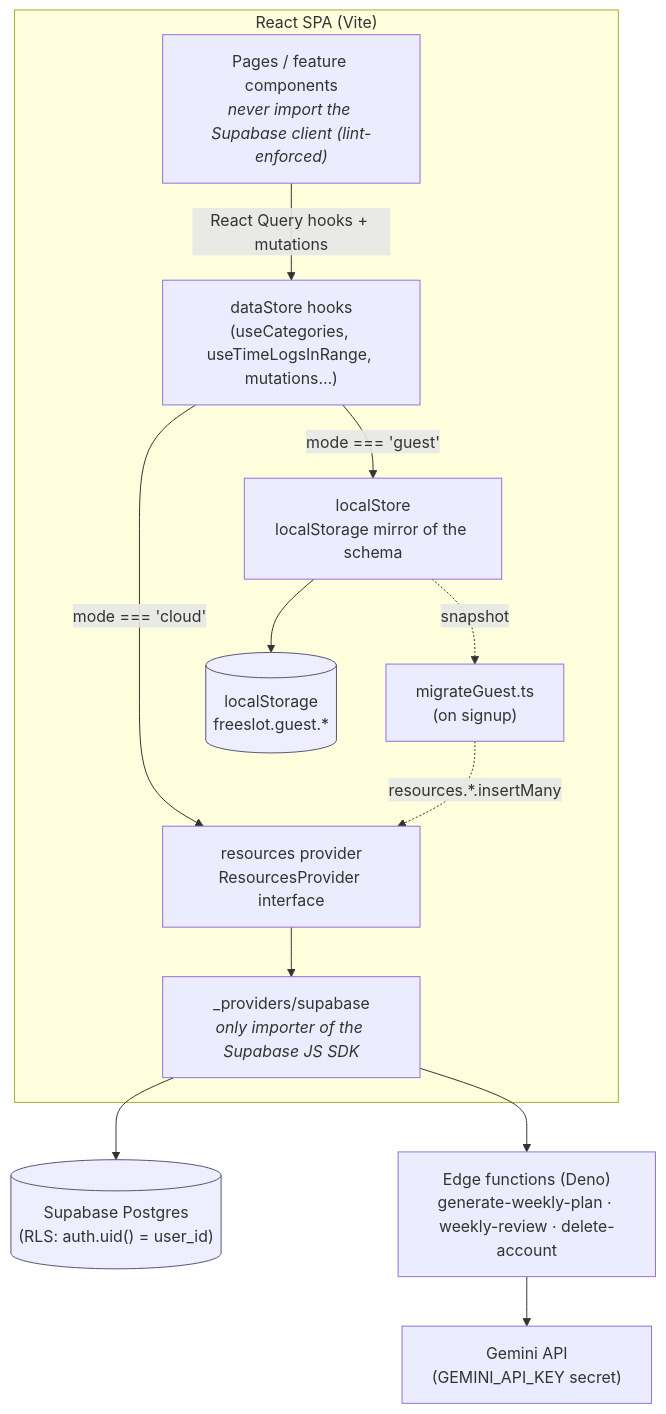
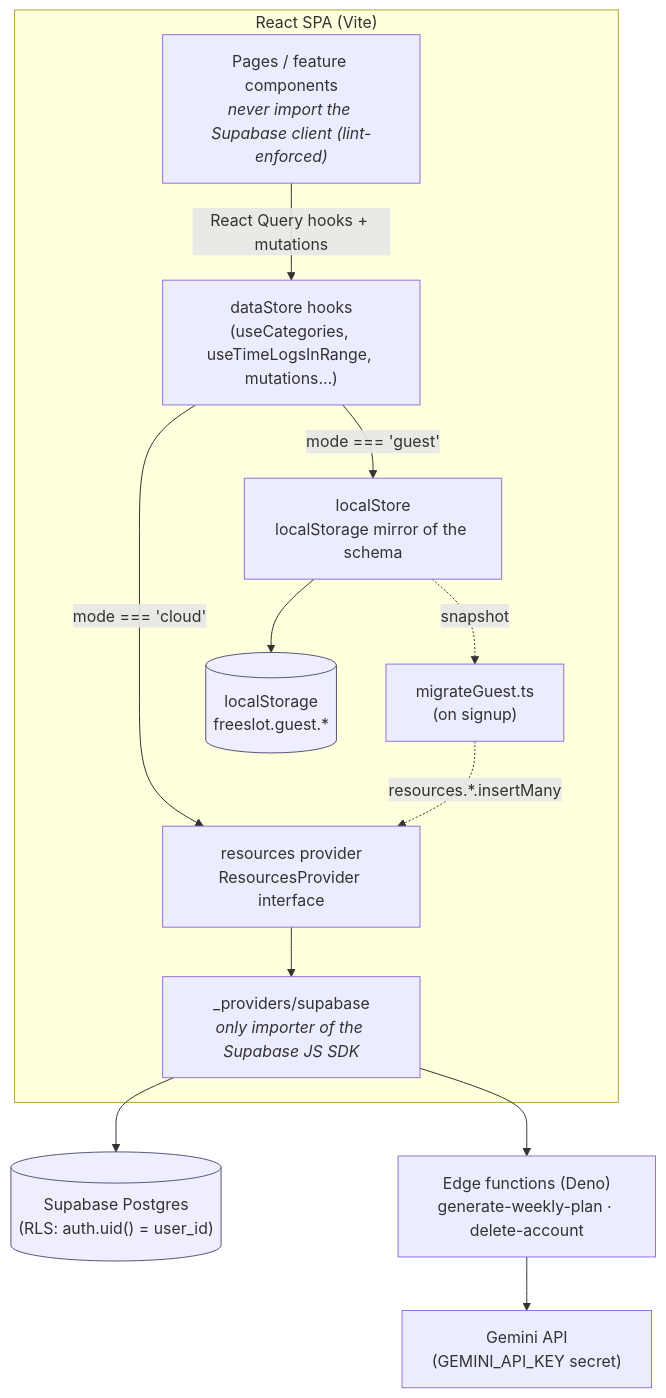
Before and after one commit to bradguillen15/free-slot: the first of 2 diagrams in docs/DIAGRAMS.md, drawn with Mermaid. The commit also changed 106 other files, not shown here.

First line of the commit message:
Prune dead verticals, wire daily notes into AI planning, harden edge functions (#22)

````diff
--- a/docs/DIAGRAMS.md
+++ b/docs/DIAGRAMS.md
@@ -15,25 +15,25 @@
 ```mermaid
 flowchart TD
     subgraph SPA["React SPA (Vite)"]
         Pages["Pages / feature components<br/><i>never import the Supabase client (lint-enforced)</i>"]
         DataStore["dataStore hooks<br/>(useCategories, useTimeLogsInRange, mutations…)"]
         Pages -->|"React Query hooks + mutations"| DataStore
 
         DataStore -->|"mode === 'cloud'"| Resources["resources provider<br/>ResourcesProvider interface"]
         DataStore -->|"mode === 'guest'"| LocalStore["localStore<br/>localStorage mirror of the schema"]
 
         Resources --> Supa["_providers/supabase<br/><i>only importer of the Supabase JS SDK</i>"]
         LocalStore --> LS[("localStorage<br/>freeslot.guest.*")]
 
         Migrate["migrateGuest.ts<br/>(on signup)"]
         LocalStore -.->|"snapshot"| Migrate
         Migrate -.->|"resources.*.insertMany"| Resources
     end
 
     Supa --> DB[("Supabase Postgres<br/>(RLS: auth.uid() = user_id)")]
-    Supa --> Edge["Edge functions (Deno)<br/>generate-weekly-plan · weekly-review · delete-account"]
+    Supa --> Edge["Edge functions (Deno)<br/>generate-weekly-plan · delete-account"]
     Edge --> Gemini["Gemini API<br/>(GEMINI_API_KEY secret)"]
 
     classDef store fill:#eef,stroke:#557;
     class LS,DB store;
 ```
````
